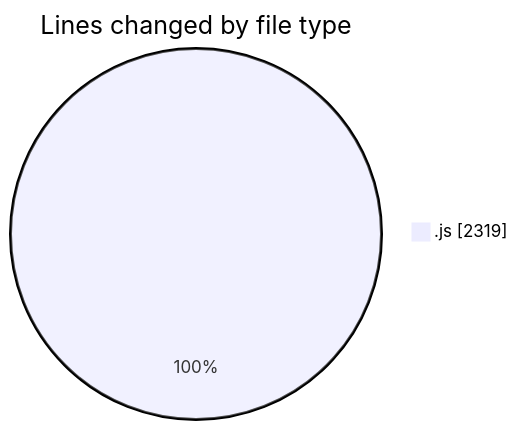
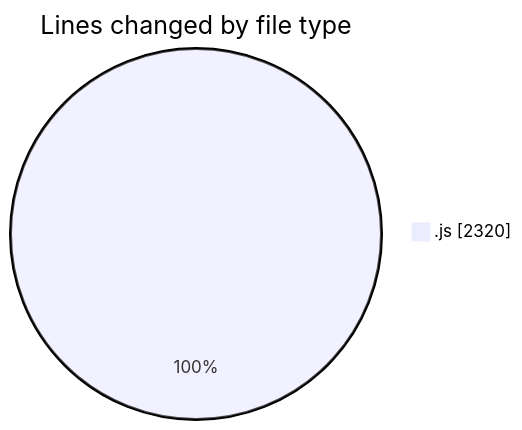
Before and after one commit to nxtqubesakshisongat/code-tracking: the first of 2 diagrams in 2025-12-12/nxtqube_webapp/README.md, drawn with Mermaid. The commit also changed other lines of this file and 1 other file, not shown here.

````diff
--- a/2025-12-12/nxtqube_webapp/README.md
+++ b/2025-12-12/nxtqube_webapp/README.md
@@ -20,5 +20,5 @@
 ```mermaid
 pie showData
 title Lines changed by file type
-".js" : 2319
+".js" : 2320
 ```
````
